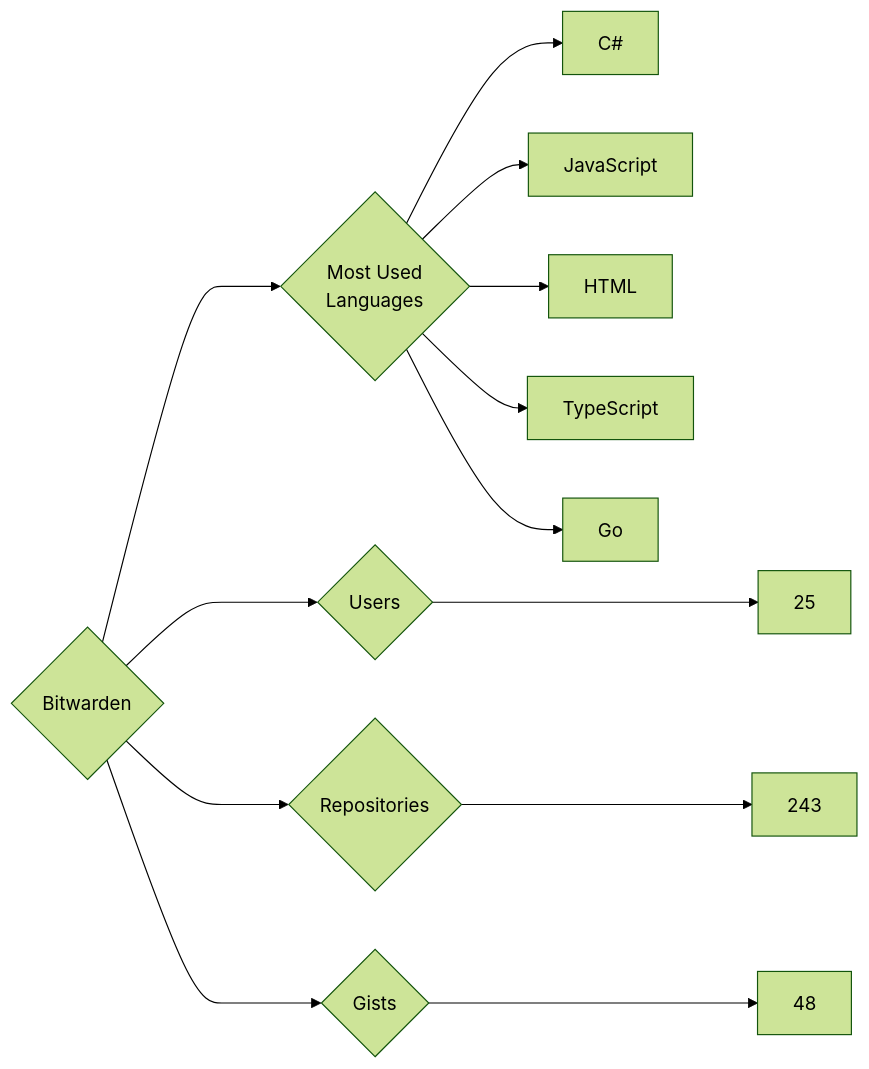
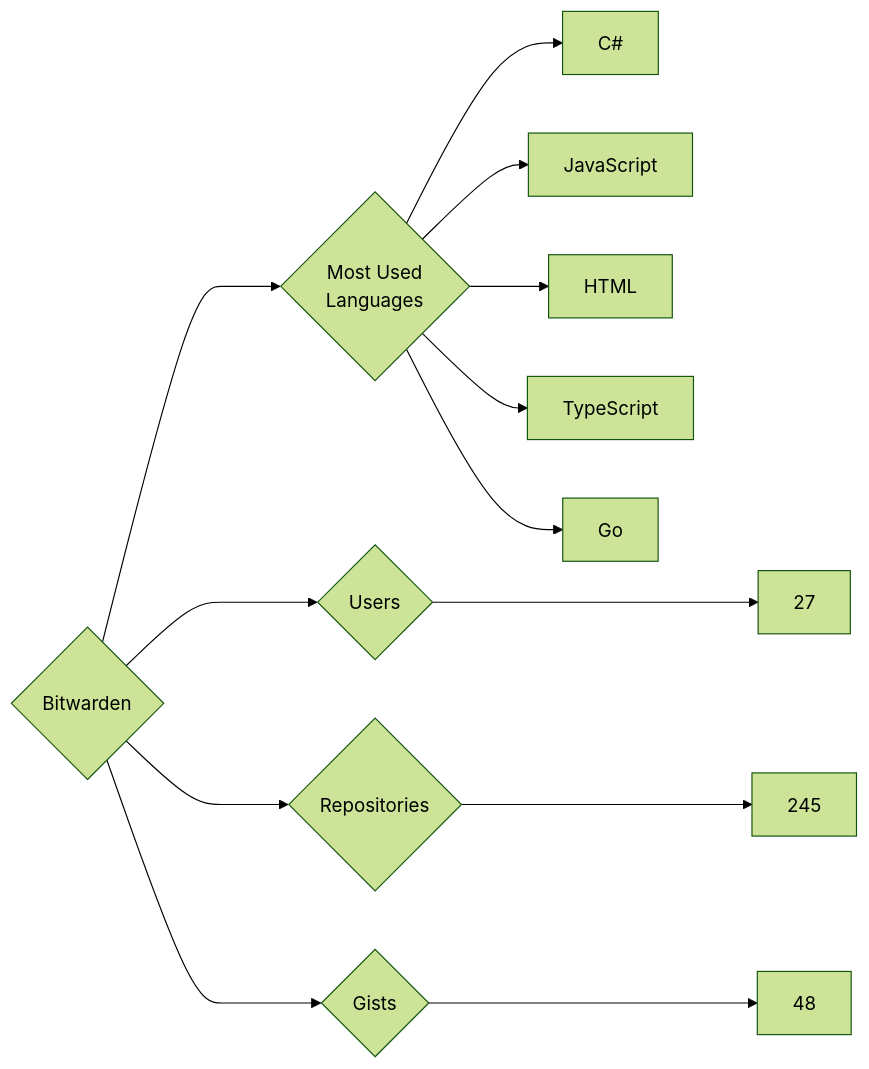
The diagram in targets/Bitwarden/README.md (trickest/insiders), drawn with Mermaid (forest theme) before and after one commit. The commit also changed 772 other files, not shown here.

````diff
--- a/targets/Bitwarden/README.md
+++ b/targets/Bitwarden/README.md
@@ -3,13 +3,13 @@
 ```mermaid
 graph LR
 COMPANY_NAME{Bitwarden}
-COMPANY_NAME ---> U{Users} ---> UN[25]
-COMPANY_NAME ---> R{Repositories} ---> RN[243]
+COMPANY_NAME ---> U{Users} ---> UN[27]
+COMPANY_NAME ---> R{Repositories} ---> RN[245]
 COMPANY_NAME ---> G{Gists} ---> GN[48]
 COMPANY_NAME ---> ML{Most Used<br>Languages}
 ML --> C#[C#]
 ML --> JavaScript[JavaScript]
 ML --> HTML[HTML]
 ML --> TypeScript[TypeScript]
 ML --> Go[Go]
 ```
````
